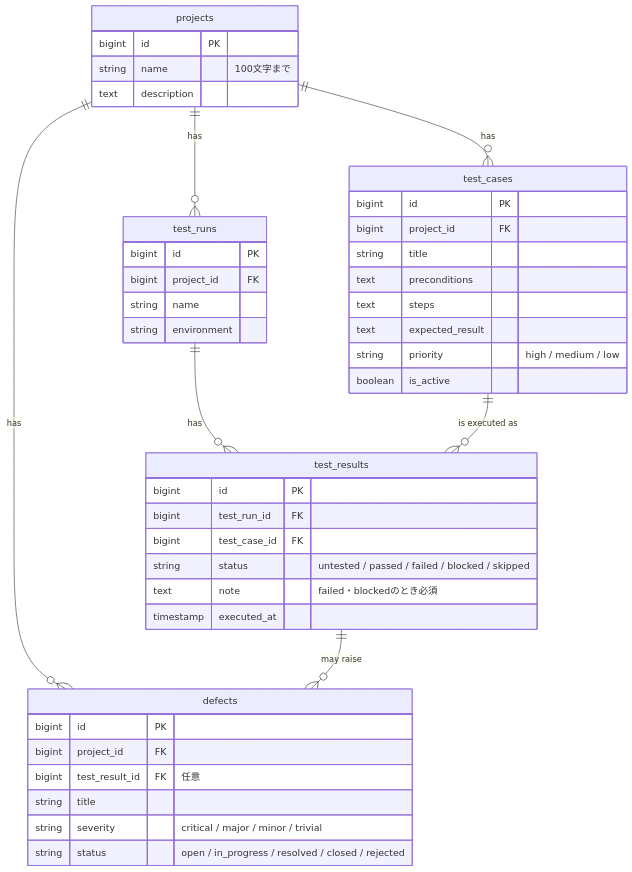
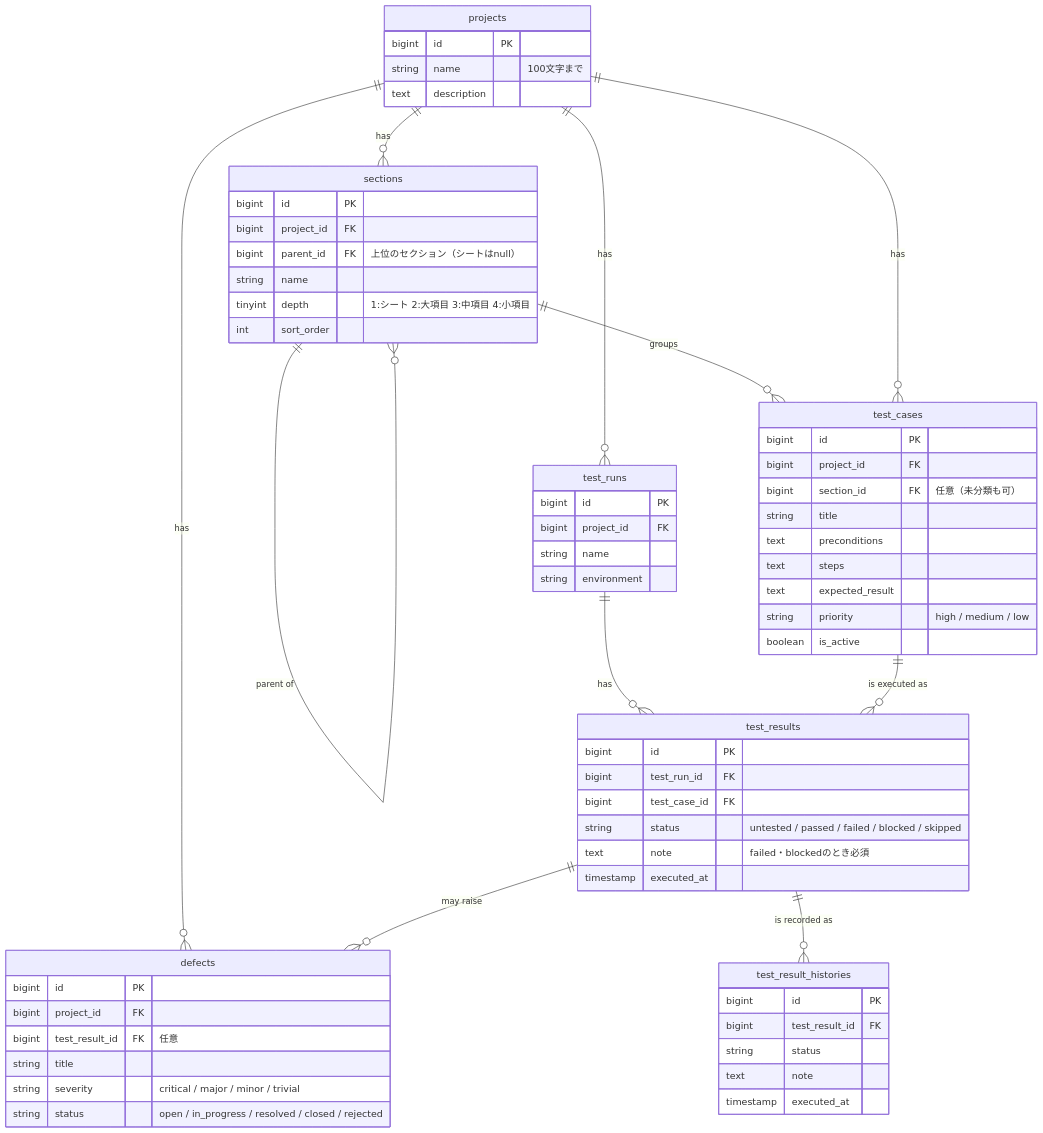
The diagram in docs/er-diagram.md (qedhourse580/test-case-manager-api), drawn with Mermaid before and after one commit. The commit also changed other lines of this file and 30 other files, not shown here.

First line of the commit message:
階層（シート・大項目・中項目・小項目）と再テストの履歴を追加

````diff
--- a/docs/er-diagram.md
+++ b/docs/er-diagram.md
@@ -3,47 +3,67 @@
 ```mermaid
 erDiagram
+    projects ||--o{ sections : has
+    sections ||--o{ sections : "parent of"
+    sections ||--o{ test_cases : groups
     projects ||--o{ test_cases : has
     projects ||--o{ test_runs : has
     projects ||--o{ defects : has
     test_runs ||--o{ test_results : has
     test_cases ||--o{ test_results : "is executed as"
     test_results ||--o{ defects : "may raise"
+    test_results ||--o{ test_result_histories : "is recorded as"
 
     projects {
         bigint id PK
         string name "100文字まで"
         text description
     }
+    sections {
+        bigint id PK
+        bigint project_id FK
+        bigint parent_id FK "上位のセクション（シートはnull）"
+        string name
+        tinyint depth "1:シート 2:大項目 3:中項目 4:小項目"
+        int sort_order
+    }
     test_cases {
         bigint id PK
         bigint project_id FK
+        bigint section_id FK "任意（未分類も可）"
         string title
         text preconditions
         text steps
         text expected_result
         string priority "high / medium / low"
         boolean is_active
     }
     test_runs {
         bigint id PK
         bigint project_id FK
         string name
         string environment
     }
     test_results {
         bigint id PK
         bigint test_run_id FK
         bigint test_case_id FK
         string status "untested / passed / failed / blocked / skipped"
         text note "failed・blockedのとき必須"
         timestamp executed_at
     }
+    test_result_histories {
+        bigint id PK
+        bigint test_result_id FK
+        string status
+        text note
+        timestamp executed_at
+    }
     defects {
         bigint id PK
         bigint project_id FK
         bigint test_result_id FK "任意"
         string title
         string severity "critical / major / minor / trivial"
         string status "open / in_progress / resolved / closed / rejected"
     }
 ```
````
